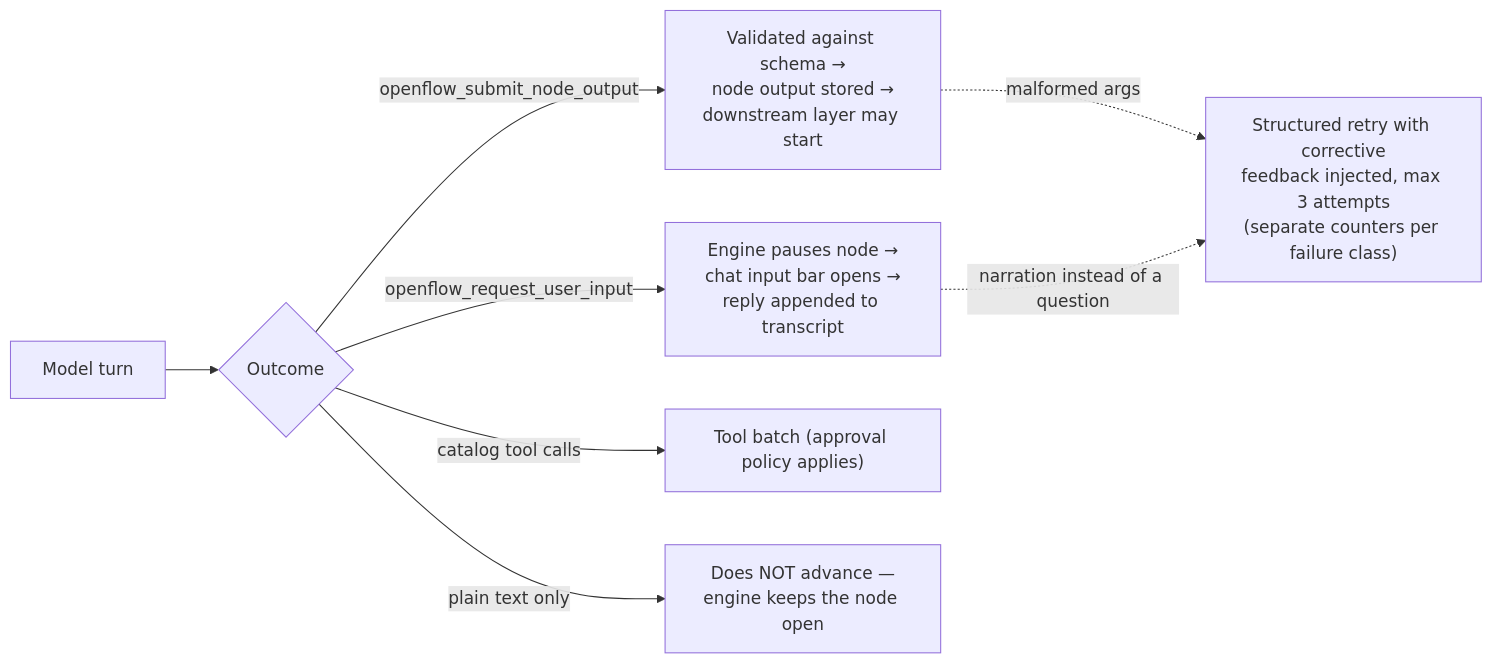
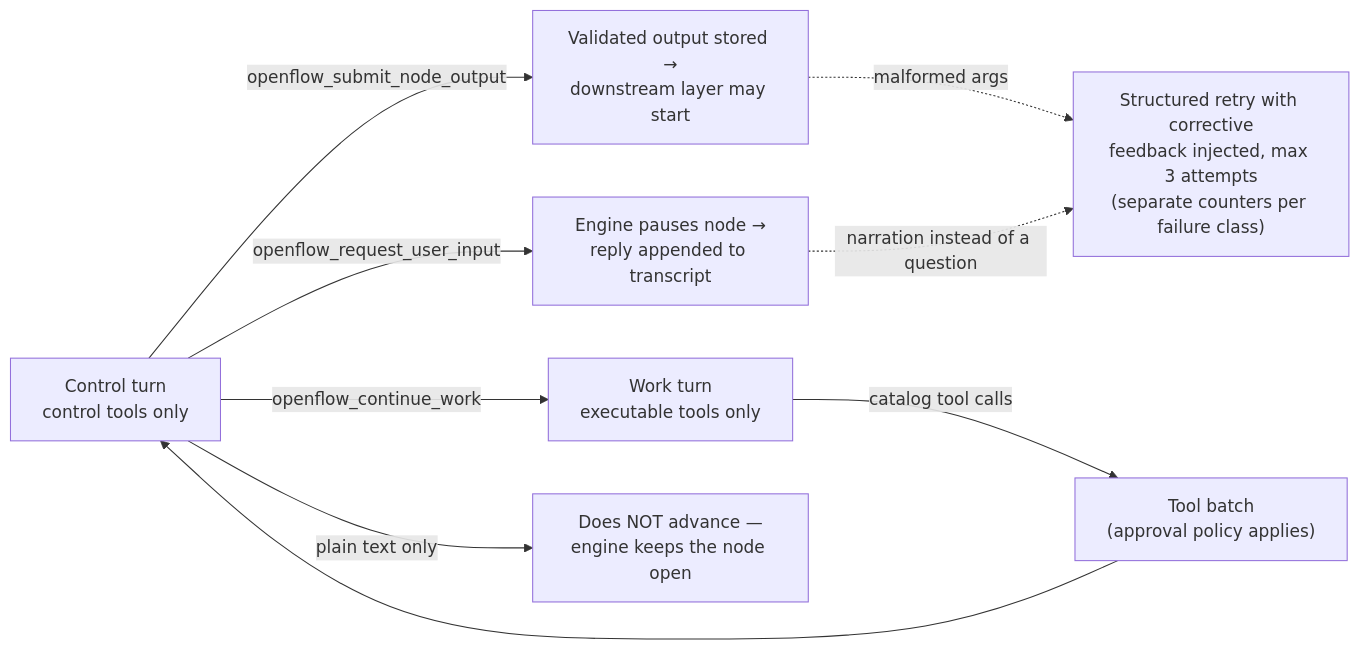
Before and after one commit to philbotar/OpenFlow: the seventh of 8 diagrams in docs/architecture/technical-overview.md, drawn with Mermaid. The commit also changed other lines of this file and 135 other files, not shown here.

````diff
--- a/docs/architecture/technical-overview.md
+++ b/docs/architecture/technical-overview.md
@@ -244,11 +250,12 @@
 ```mermaid
 flowchart LR
-    Model["Model turn"] --> Out{Outcome}
-    Out -->|"openflow_submit_node_output"| Submit["Validated against schema →<br/>node output stored →<br/>downstream layer may start"]
-    Out -->|"openflow_request_user_input"| Ask["Engine pauses node →<br/>chat input bar opens →<br/>reply appended to transcript"]
-    Out -->|"catalog tool calls"| ToolsB["Tool batch (approval policy applies)"]
-    Out -->|"plain text only"| Nope["Does NOT advance —<br/>engine keeps the node open"]
+    Control["Control turn<br/>control tools only"] -->|"openflow_submit_node_output"| Submit["Validated output stored →<br/>downstream layer may start"]
+    Control -->|"openflow_request_user_input"| Ask["Engine pauses node →<br/>reply appended to transcript"]
+    Control -->|"openflow_continue_work"| Work["Work turn<br/>executable tools only"]
+    Work -->|"catalog tool calls"| ToolsB["Tool batch<br/>(approval policy applies)"]
+    ToolsB --> Control
+    Control -->|"plain text only"| Nope["Does NOT advance —<br/>engine keeps the node open"]
 
     Submit -.->|"malformed args"| Retry["Structured retry with corrective<br/>feedback injected, max 3 attempts<br/>(separate counters per failure class)"]
     Ask -.->|"narration instead of a question"| Retry
 ```
````
